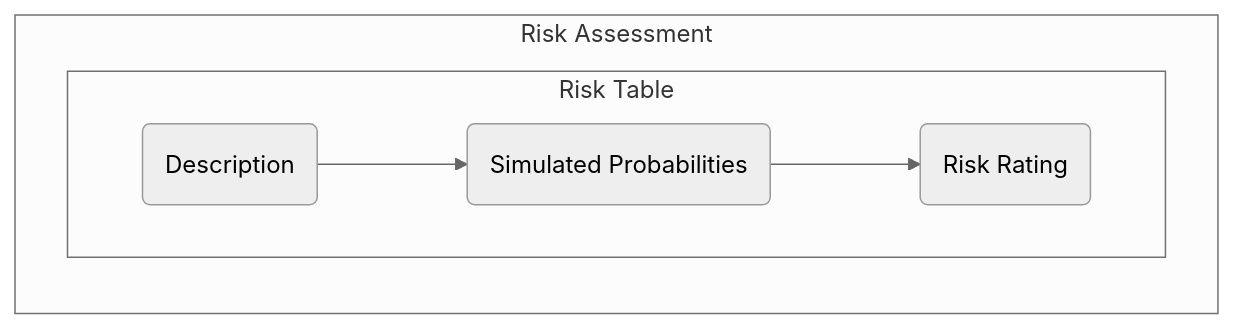
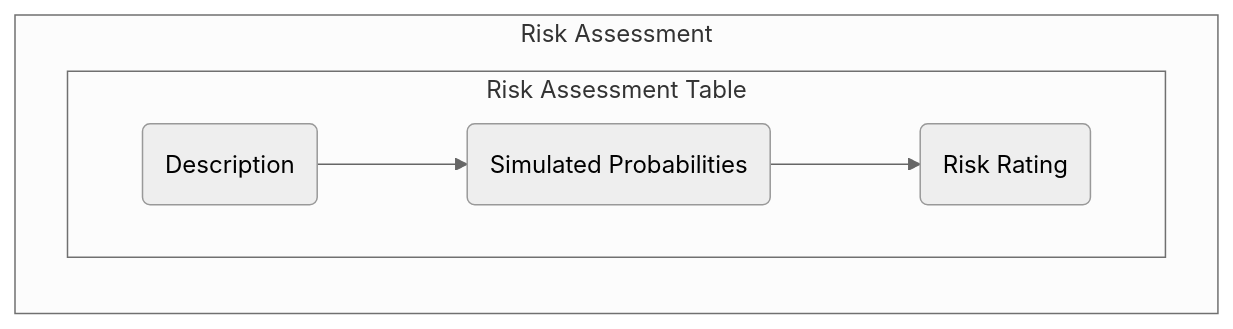
Before and after one commit to stuartfowler/CEMT: the fourth of 4 diagrams in Documentation/risk.md, drawn with Mermaid (neutral theme). The commit also changed other lines of this file and 23 other files, not shown here.

````diff
--- a/Documentation/risk.md
+++ b/Documentation/risk.md
@@ -126,13 +245,13 @@
 ```mermaid
 flowchart TB
   subgraph RA["Risk Assessment"]
     direction TB
-    subgraph 8["Risk Table"]
+    subgraph 8["Risk Assessment Table"]
       8a("Description") --> 8b("Simulated Probabilities") --> 8c("Risk Rating")
     end
   end
   
   click 8a "https://github.com/stuartfowler/CEMT/blob/main/Documentation/risk.md#description" "Risk Description"
   click 8b "https://github.com/stuartfowler/CEMT/blob/main/Documentation/risk.md#simulated-probabilities" "Simulated Risk Probabilities"
   click 8c "https://github.com/stuartfowler/CEMT/blob/main/Documentation/risk.md#risk-rating" "Risk Ratings"
 ```
````
